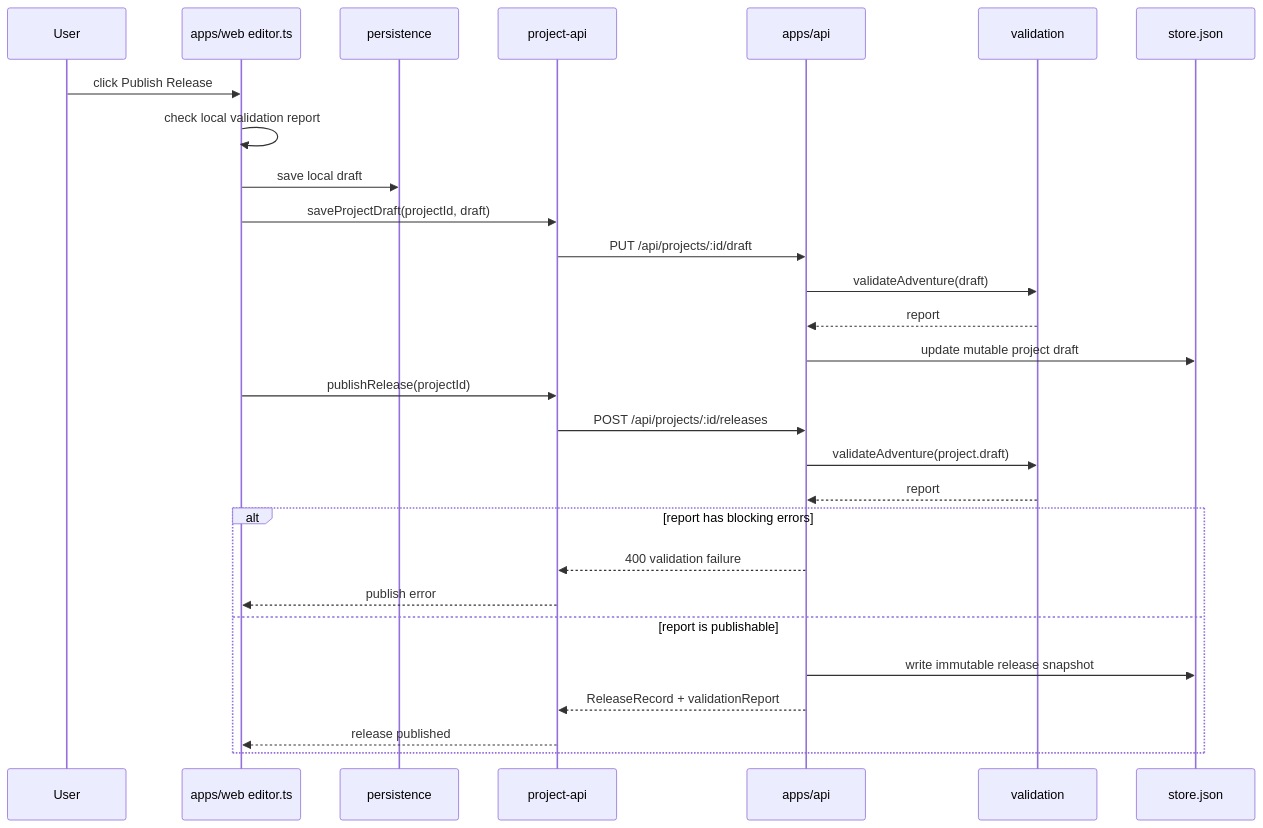
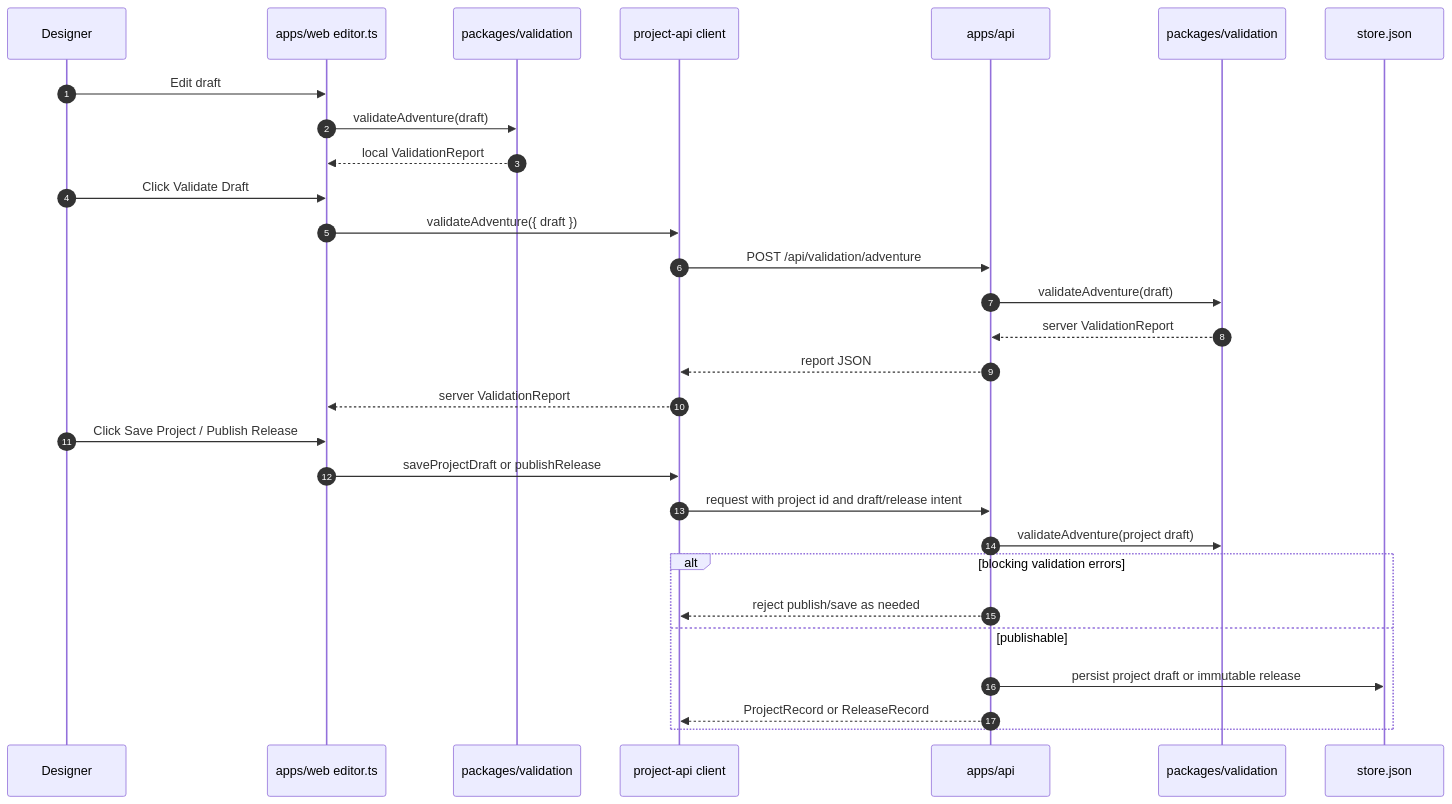
One commit to ianohlander/ACS changed the tenth of 13 diagrams in docs/system-reference.md. Above: the diagram before and after it, drawn with Mermaid. The commit also changed other lines of this file and 9 other files, not shown here.

Commit message:
Polish system reference documentation graphics

````diff
--- a/docs/system-reference.md
+++ b/docs/system-reference.md
@@ -344,31 +390,32 @@
 ```mermaid
 sequenceDiagram
-    participant User
+    autonumber
+    participant Designer as Designer
     participant Editor as apps/web editor.ts
-    participant Persist as persistence
-    participant APIClient as project-api
+    participant LocalVal as packages/validation
+    participant Client as project-api client
     participant API as apps/api
-    participant Val as validation
+    participant ServerVal as packages/validation
     participant Store as store.json
 
-    User->>Editor: click Publish Release
-    Editor->>Editor: check local validation report
-    Editor->>Persist: save local draft
-    Editor->>APIClient: saveProjectDraft(projectId, draft)
-    APIClient->>API: PUT /api/projects/:id/draft
-    API->>Val: validateAdventure(draft)
-    Val-->>API: report
-    API->>Store: update mutable project draft
-    Editor->>APIClient: publishRelease(projectId)
-    APIClient->>API: POST /api/projects/:id/releases
-    API->>Val: validateAdventure(project.draft)
-    Val-->>API: report
-    alt report has blocking errors
-      API-->>APIClient: 400 validation failure
-      APIClient-->>Editor: publish error
-    else report is publishable
-      API->>Store: write immutable release snapshot
-      API-->>APIClient: ReleaseRecord + validationReport
-      APIClient-->>Editor: release published
+    Designer->>Editor: Edit draft
+    Editor->>LocalVal: validateAdventure(draft)
+    LocalVal-->>Editor: local ValidationReport
+    Designer->>Editor: Click Validate Draft
+    Editor->>Client: validateAdventure({ draft })
+    Client->>API: POST /api/validation/adventure
+    API->>ServerVal: validateAdventure(draft)
+    ServerVal-->>API: server ValidationReport
+    API-->>Client: report JSON
+    Client-->>Editor: server ValidationReport
+    Designer->>Editor: Click Save Project / Publish Release
+    Editor->>Client: saveProjectDraft or publishRelease
+    Client->>API: request with project id and draft/release intent
+    API->>ServerVal: validateAdventure(project draft)
+    alt blocking validation errors
+        API-->>Client: reject publish/save as needed
+    else publishable
+        API->>Store: persist project draft or immutable release
+        API-->>Client: ProjectRecord or ReleaseRecord
     end
 ```
````
